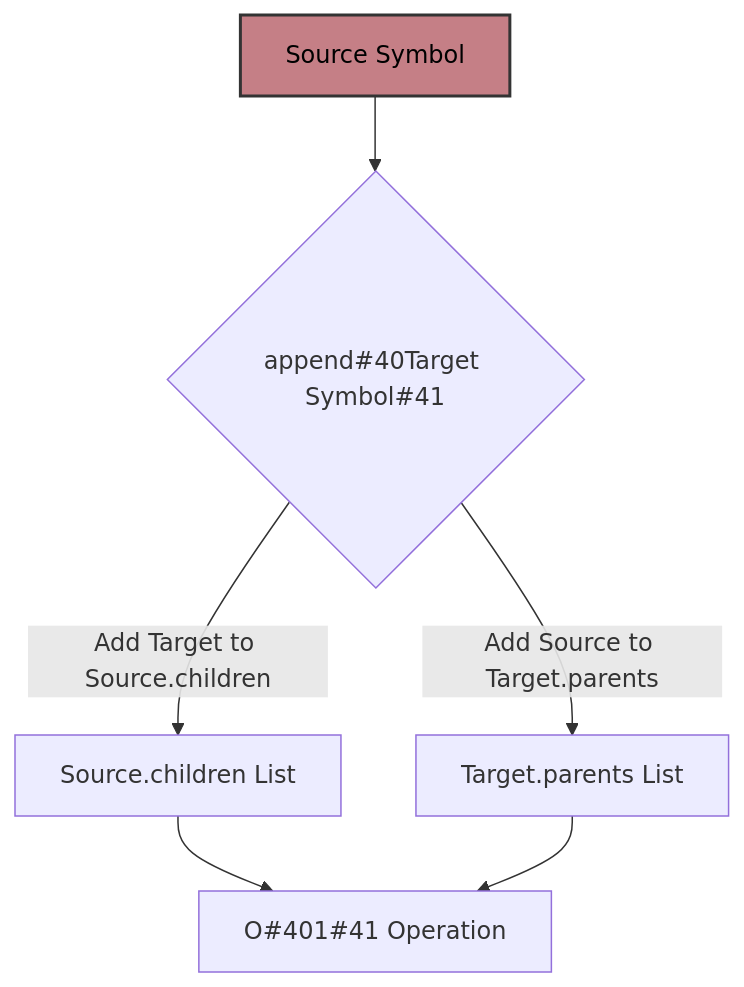
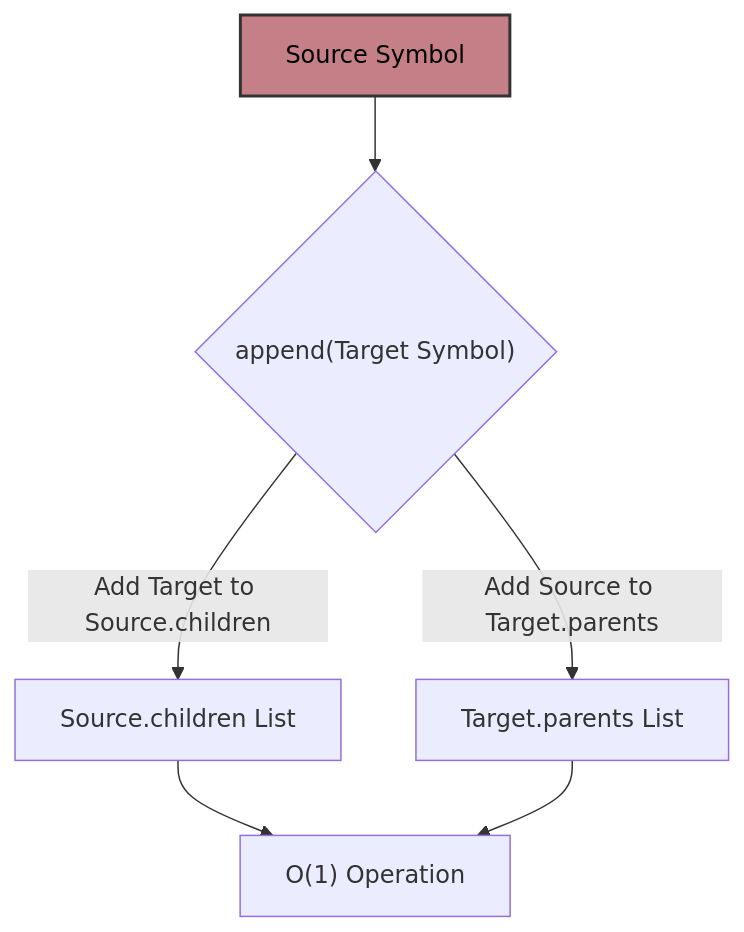
One commit to ikko/sym changed the second of 4 diagrams in docs/readme_details/9_performance/index.md. Above: the diagram before and after it, drawn with Mermaid. The commit also changed other lines of this file and 17 other files, not shown here.

````diff
--- a/docs/readme_details/9_performance/index.md
+++ b/docs/readme_details/9_performance/index.md
@@ -75,12 +75,12 @@
 ```mermaid
 graph TD
-    A[Source Symbol] --> B{append#40Target Symbol#41};
+    A[Source Symbol] --> B{append#40;Target Symbol#41;};
     B -- "Add Target to Source.children" --> C[Source.children List];
     B -- "Add Source to Target.parents" --> D[Target.parents List];
-    C --> E[O#401#41 Operation];
+    C --> E[O#40;1#41; Operation];
     D --> E;
 
     style A fill:#c57f86,stroke:#333,stroke-width:2px,color:#000000;
 
     style A fill:#c57f86,stroke:#333,stroke-width:2px,color:#000000;
 ```
````
